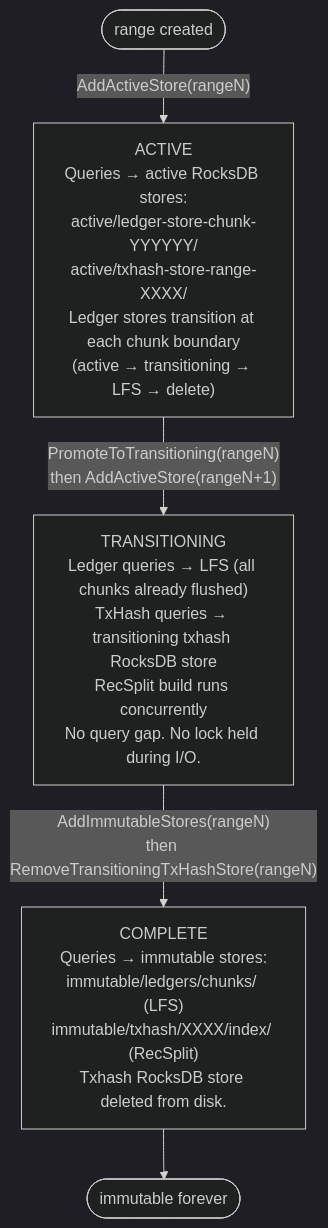
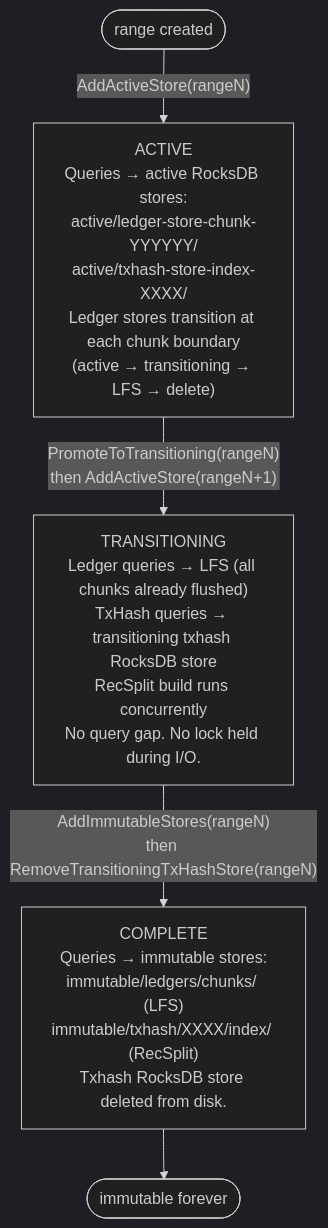
One commit to stellar/stellar-rpc changed the first of 7 diagrams in full-history/design-docs/08-query-routing.md. Above: the diagram before and after it, drawn with Mermaid (dark theme). The commit also changed other lines of this file and 17 other files, not shown here.

````diff
--- a/full-history/design-docs/08-query-routing.md
+++ b/full-history/design-docs/08-query-routing.md
@@ -421,13 +412,13 @@
 ```mermaid
 flowchart TD
     START(["range created"])
-    ACTIVE["ACTIVE<br/>Queries → active RocksDB stores:<br/>active/ledger-store-chunk-YYYYYY/<br/>active/txhash-store-range-XXXX/<br/>Ledger stores transition at each chunk boundary<br/>(active → transitioning → LFS → delete)"]
+    ACTIVE["ACTIVE<br/>Queries → active RocksDB stores:<br/>active/ledger-store-chunk-YYYYYY/<br/>active/txhash-store-index-XXXX/<br/>Ledger stores transition at each chunk boundary<br/>(active → transitioning → LFS → delete)"]
     TRANSITIONING["TRANSITIONING<br/>Ledger queries → LFS (all chunks already flushed)<br/>TxHash queries → transitioning txhash RocksDB store<br/>RecSplit build runs concurrently<br/>No query gap. No lock held during I/O."]
     COMPLETE["COMPLETE<br/>Queries → immutable stores:<br/>immutable/ledgers/chunks/ (LFS)<br/>immutable/txhash/XXXX/index/ (RecSplit)<br/>Txhash RocksDB store deleted from disk."]
     END(["immutable forever"])
 
     START -->|"AddActiveStore(rangeN)"| ACTIVE
     ACTIVE -->|"PromoteToTransitioning(rangeN)<br/>then AddActiveStore(rangeN+1)"| TRANSITIONING
     TRANSITIONING -->|"AddImmutableStores(rangeN)<br/>then RemoveTransitioningTxHashStore(rangeN)"| COMPLETE
     COMPLETE --> END
 ```
````
